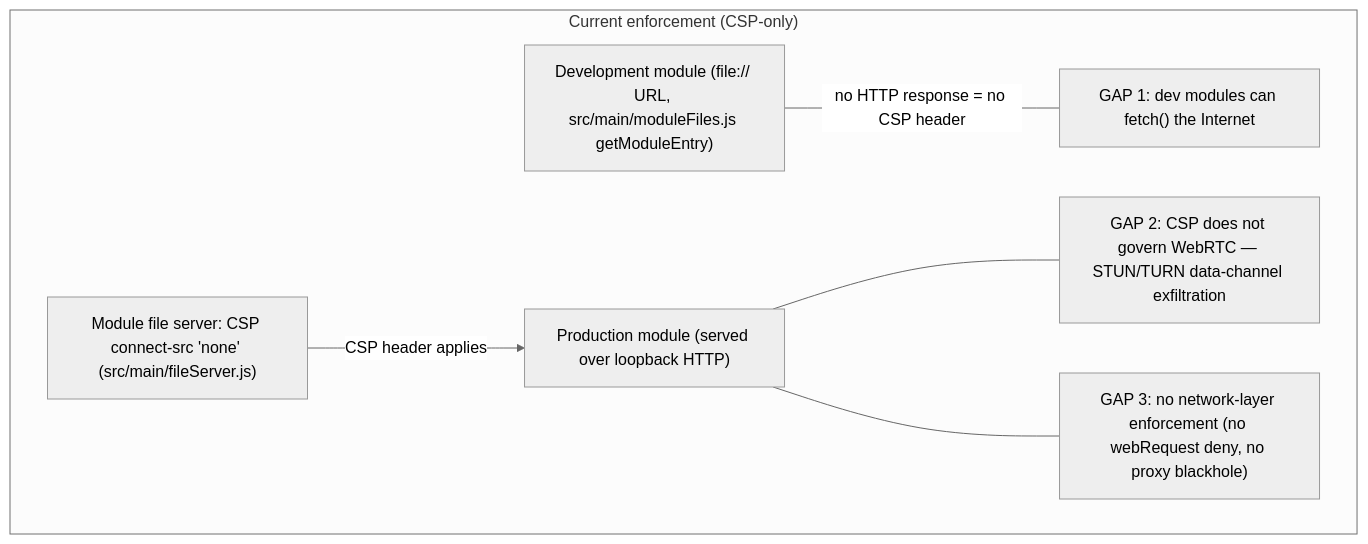
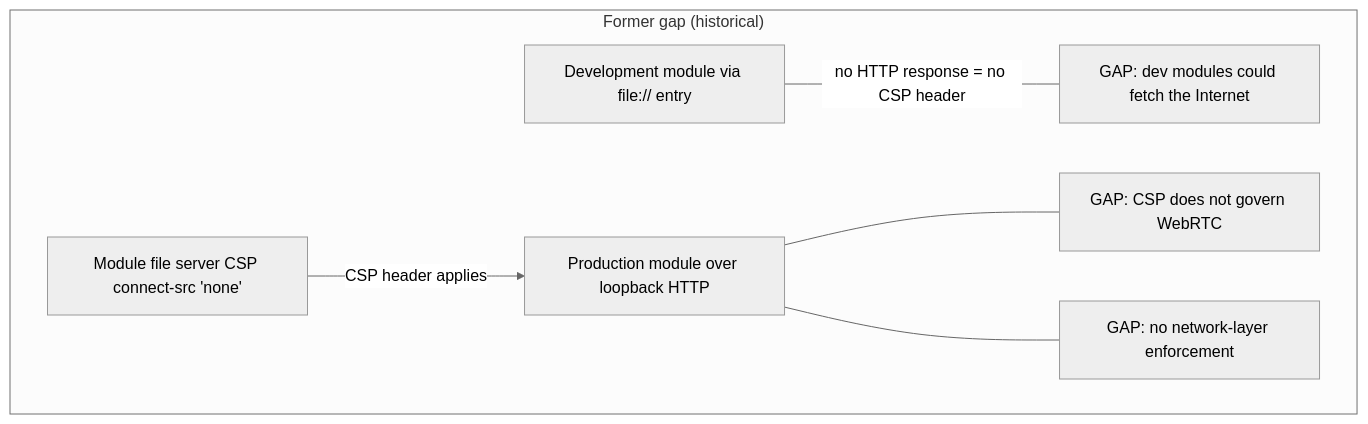
The first of 2 diagrams in docs/NewNexusExchange/Diagrams/egress-enforcement.md (NamecoinGithub/NexusInterface), drawn with Mermaid (neutral theme) before and after one commit. The commit also changed other lines of this file and 12 other files, not shown here.

Commit message:
docs: align module transport docs and diagrams with loopback policy

````diff
--- a/docs/NewNexusExchange/Diagrams/egress-enforcement.md
+++ b/docs/NewNexusExchange/Diagrams/egress-enforcement.md
@@ -9,12 +15,12 @@
 ```mermaid
 flowchart TB
-    subgraph today["Current enforcement (CSP-only)"]
-        fs["Module file server: CSP connect-src 'none' (src/main/fileServer.js)"]
-        prodmod["Production module (served over loopback HTTP)"]
-        devmod["Development module (file:// URL, src/main/moduleFiles.js getModuleEntry)"]
-        fs -->|"CSP header applies"| prodmod
-        devmod ---|"no HTTP response = no CSP header"| gap1["GAP 1: dev modules can fetch() the Internet"]
-        prodmod --- gap2["GAP 2: CSP does not govern WebRTC — STUN/TURN data-channel exfiltration"]
-        prodmod --- gap3["GAP 3: no network-layer enforcement (no webRequest deny, no proxy blackhole)"]
+    subgraph before["Former gap (historical)"]
+        fsOld["Module file server CSP connect-src 'none'"]
+        prodOld["Production module over loopback HTTP"]
+        devOld["Development module via file:// entry"]
+        fsOld -->|"CSP header applies"| prodOld
+        devOld ---|"no HTTP response = no CSP header"| gap1["GAP: dev modules could fetch the Internet"]
+        prodOld --- gap2["GAP: CSP does not govern WebRTC"]
+        prodOld --- gap3["GAP: no network-layer enforcement"]
     end
 ```
````
